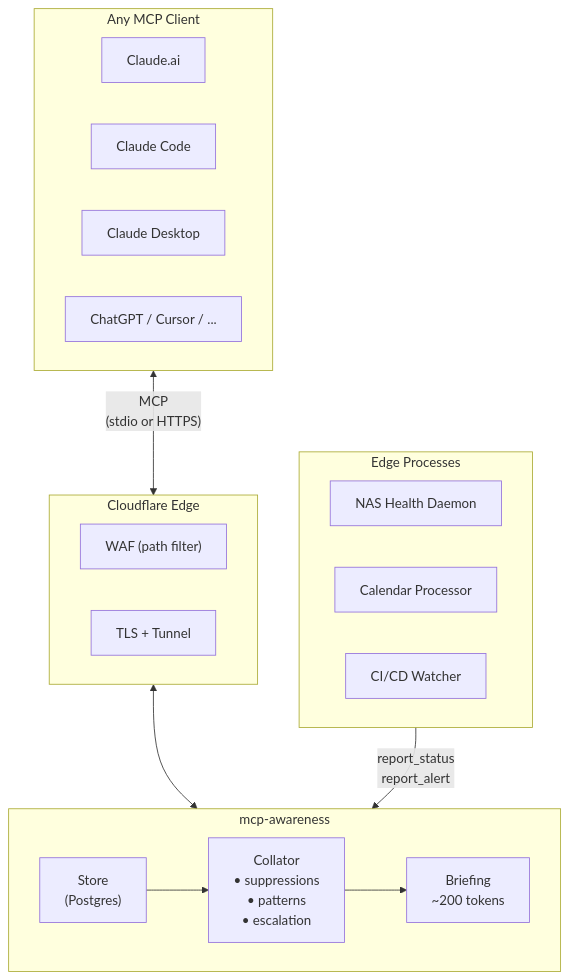
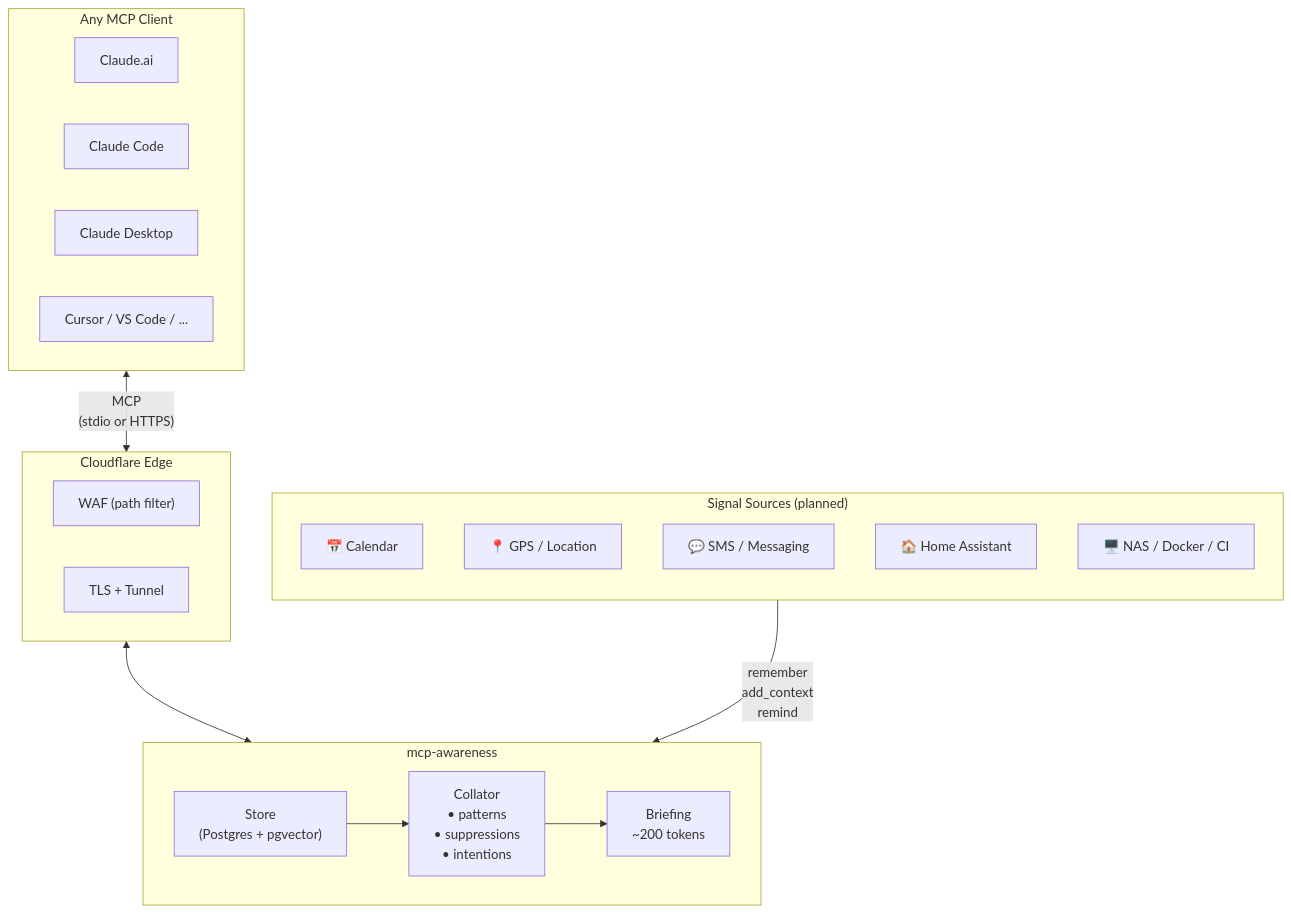
Before and after one commit to cmeans/mcp-awareness: the diagram in README.md, drawn with Mermaid. The commit also changed other lines of this file, not shown here.

First line of the commit message:
Reframe README: personal context first, infra as special case

````diff
--- a/README.md
+++ b/README.md
@@ -88,32 +94,35 @@
 ```mermaid
 flowchart TB
     subgraph Clients["Any MCP Client"]
         A1["Claude.ai"]
         A2["Claude Code"]
         A3["Claude Desktop"]
-        A4["ChatGPT / Cursor / ..."]
+        A4["Cursor / VS Code / ..."]
     end
 
     subgraph Security["Cloudflare Edge"]
         WAF["WAF (path filter)"]
         TLS["TLS + Tunnel"]
     end
 
-    subgraph Edge["Edge Processes"]
-        E1["NAS Health Daemon"]
-        E2["Calendar Processor"]
-        E3["CI/CD Watcher"]
+    subgraph Signals["Signal Sources (planned)"]
+        direction TB
+        S1["📅 Calendar"]
+        S2["📍 GPS / Location"]
+        S3["💬 SMS / Messaging"]
+        S4["🏠 Home Assistant"]
+        S5["🖥️ NAS / Docker / CI"]
     end
 
     subgraph Server["mcp-awareness"]
         direction LR
-        Store["Store\n(Postgres)"]
-        Collator["Collator\n• suppressions\n• patterns\n• escalation"]
+        Store["Store\n(Postgres + pgvector)"]
+        Collator["Collator\n• patterns\n• suppressions\n• intentions"]
         Briefing["Briefing\n~200 tokens"]
         Store --> Collator --> Briefing
     end
 
     Clients <-- "MCP\n(stdio or HTTPS)" --> Security
     Security <--> Server
-    Edge -- "report_status\nreport_alert" --> Server
+    Signals -- "remember\nadd_context\nremind" --> Server
 ```
````
